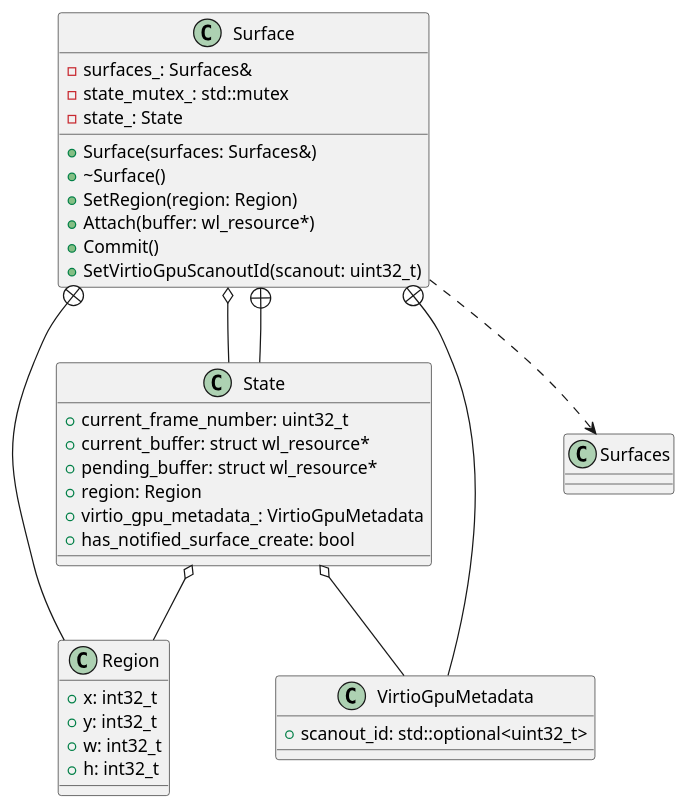
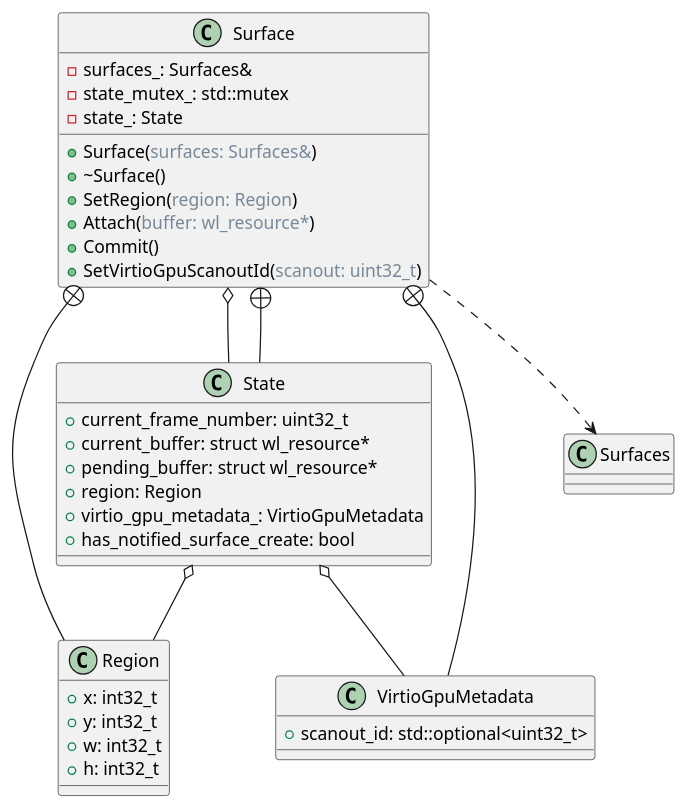
Before and after one commit to dmitvitalii/cf_diagrams: the diagram in surfaces_diagram.puml, drawn with PlantUML. The commit also changed 3 other files, not shown here.

```diff
--- a/surfaces_diagram.puml
+++ b/surfaces_diagram.puml
@@ -1,49 +1,49 @@
 @startuml surfaces_diagram
 
 class Surface {
-  + Surface(surfaces: Surfaces&)
+  + Surface(<color:LightSlateGray>surfaces: Surfaces&</color>)
   + ~Surface()
-  + SetRegion(region: Region)
-  + Attach(buffer: wl_resource*)
+  + SetRegion(<color:LightSlateGray>region: Region</color>)
+  + Attach(<color:LightSlateGray>buffer: wl_resource*</color>)
   + Commit()
-  + SetVirtioGpuScanoutId(scanout: uint32_t)
+  + SetVirtioGpuScanoutId(<color:LightSlateGray>scanout: uint32_t</color>)
 
   - surfaces_: Surfaces&
   - state_mutex_: std::mutex
   - state_: State
 
 }
 
 class Region {
   + x: int32_t
   + y: int32_t
   + w: int32_t
   + h: int32_t
 }
 
 class VirtioGpuMetadata {
   + scanout_id: std::optional<uint32_t>
 }
 
 class State {
   + current_frame_number: uint32_t
   + current_buffer: struct wl_resource*
   + pending_buffer: struct wl_resource*
   + region: Region
   + virtio_gpu_metadata_: VirtioGpuMetadata
   + has_notified_surface_create: bool
 }
 
 
 Surface ..> Surfaces
 Surface o-- State
 
 State o-- Region
 State o-- VirtioGpuMetadata
 
 Surface +-- Region
 Surface +-- VirtioGpuMetadata
 Surface +-- State
 
 
 @enduml
```
